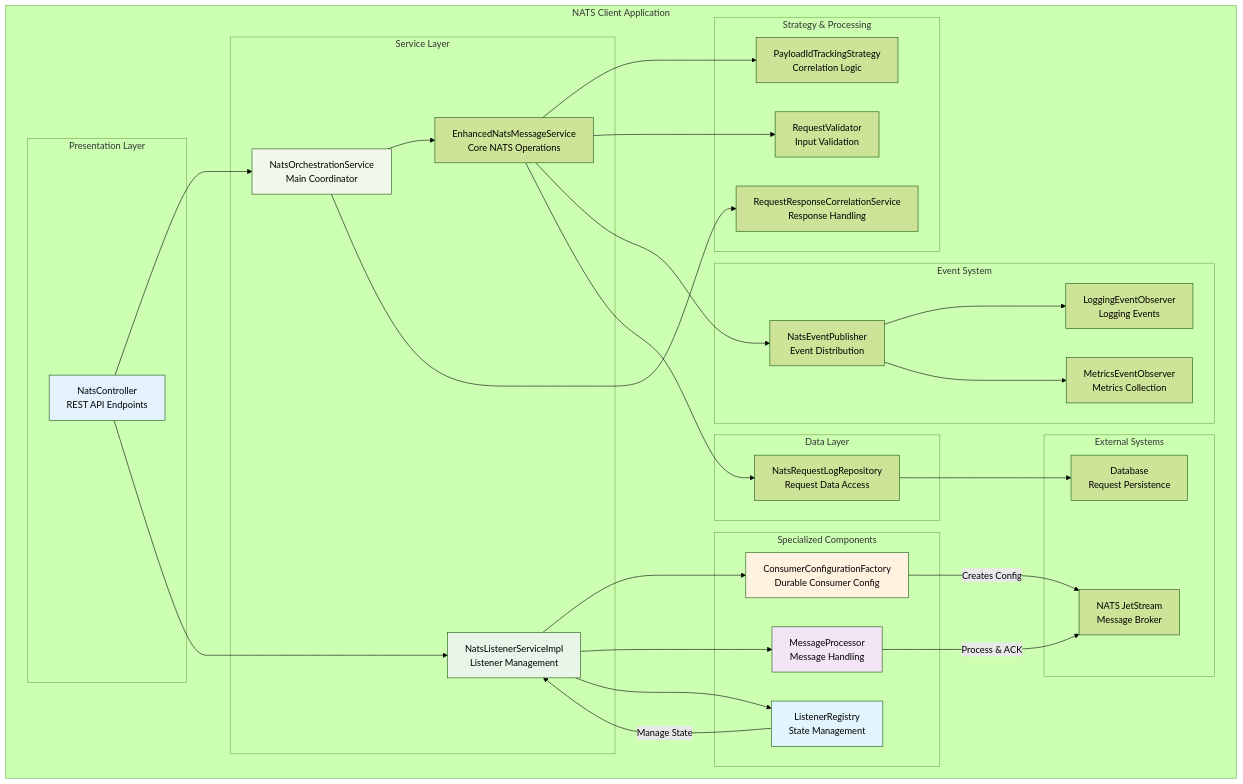
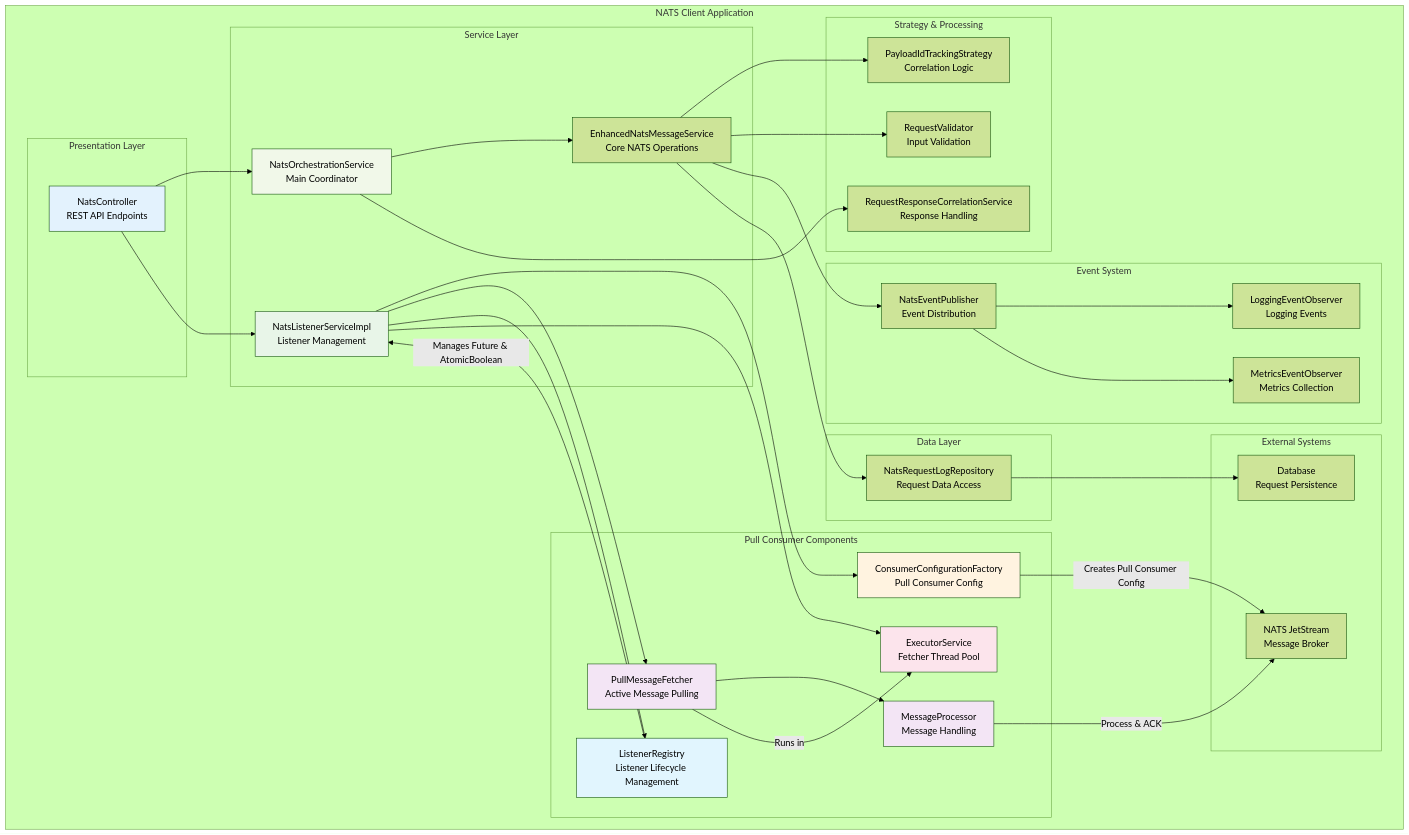
Before and after one commit to fantong11/nats-client: the first of 7 diagrams in docs/ARCHITECTURE_DIAGRAMS.md, drawn with Mermaid (forest theme). The commit also changed other lines of this file and 11 other files, not shown here.

First line of the commit message:
feat: Implement PullMessageFetcher and associated tests

````diff
--- a/docs/ARCHITECTURE_DIAGRAMS.md
+++ b/docs/ARCHITECTURE_DIAGRAMS.md
@@ -9,72 +9,79 @@
 ```mermaid
 graph TB
     subgraph "NATS Client Application"
         subgraph "Presentation Layer"
             CTRL[NatsController<br/>REST API Endpoints]
         end
-        
+
         subgraph "Service Layer"
             ORCH[NatsOrchestrationService<br/>Main Coordinator]
             LISTENER_IMPL[NatsListenerServiceImpl<br/>Listener Management]
             ENHANCED[EnhancedNatsMessageService<br/>Core NATS Operations]
         end
-        
-        subgraph "Specialized Components"
-            CONFIG_FACTORY[ConsumerConfigurationFactory<br/>Durable Consumer Config]
+
+        subgraph "Pull Consumer Components"
+            FETCHER[PullMessageFetcher<br/>Active Message Pulling]
+            CONFIG_FACTORY[ConsumerConfigurationFactory<br/>Pull Consumer Config]
             MESSAGE_PROC[MessageProcessor<br/>Message Handling]
-            REGISTRY[ListenerRegistry<br/>State Management]
+            REGISTRY[ListenerRegistry<br/>Listener Lifecycle Management]
+            THREAD_POOL[ExecutorService<br/>Fetcher Thread Pool]
         end
-        
+
         subgraph "Strategy & Processing"
             STRATEGY[PayloadIdTrackingStrategy<br/>Correlation Logic]
             VALIDATOR[RequestValidator<br/>Input Validation]
             CORRELATION[RequestResponseCorrelationService<br/>Response Handling]
         end
-        
+
         subgraph "Event System"
             PUBLISHER[NatsEventPublisher<br/>Event Distribution]
             LOG_OBS[LoggingEventObserver<br/>Logging Events]
             METRICS_OBS[MetricsEventObserver<br/>Metrics Collection]
         end
-        
+
         subgraph "Data Layer"
             REPO_LOG[NatsRequestLogRepository<br/>Request Data Access]
         end
-        
+
         subgraph "External Systems"
             NATS_EXT[NATS JetStream<br/>Message Broker]
             DB_EXT[Database<br/>Request Persistence]
         end
     end
 
     CTRL --> ORCH
     CTRL --> LISTENER_IMPL
-    
+
     ORCH --> ENHANCED
     ORCH --> CORRELATION
-    
+
     LISTENER_IMPL --> CONFIG_FACTORY
-    LISTENER_IMPL --> MESSAGE_PROC
+    LISTENER_IMPL --> FETCHER
     LISTENER_IMPL --> REGISTRY
-    
-    CONFIG_FACTORY -->|Creates Config| NATS_EXT
+    LISTENER_IMPL --> THREAD_POOL
+
+    FETCHER --> MESSAGE_PROC
+    FETCHER -->|Runs in| THREAD_POOL
+    CONFIG_FACTORY -->|Creates Pull Consumer Config| NATS_EXT
     MESSAGE_PROC -->|Process & ACK| NATS_EXT
-    REGISTRY -->|Manage State| LISTENER_IMPL
-    
+    REGISTRY -->|Manages Future & AtomicBoolean| LISTENER_IMPL
+
     ENHANCED --> STRATEGY
     ENHANCED --> VALIDATOR
     ENHANCED --> PUBLISHER
-    
+
     PUBLISHER --> LOG_OBS
     PUBLISHER --> METRICS_OBS
-    
+
     ENHANCED --> REPO_LOG
     REPO_LOG --> DB_EXT
 
     style CTRL fill:#e3f2fd
     style LISTENER_IMPL fill:#e8f5e8
+    style FETCHER fill:#f3e5f5
     style CONFIG_FACTORY fill:#fff3e0
     style MESSAGE_PROC fill:#f3e5f5
     style REGISTRY fill:#e1f5fe
+    style THREAD_POOL fill:#fce4ec
     style ORCH fill:#f1f8e9
 ```
````
